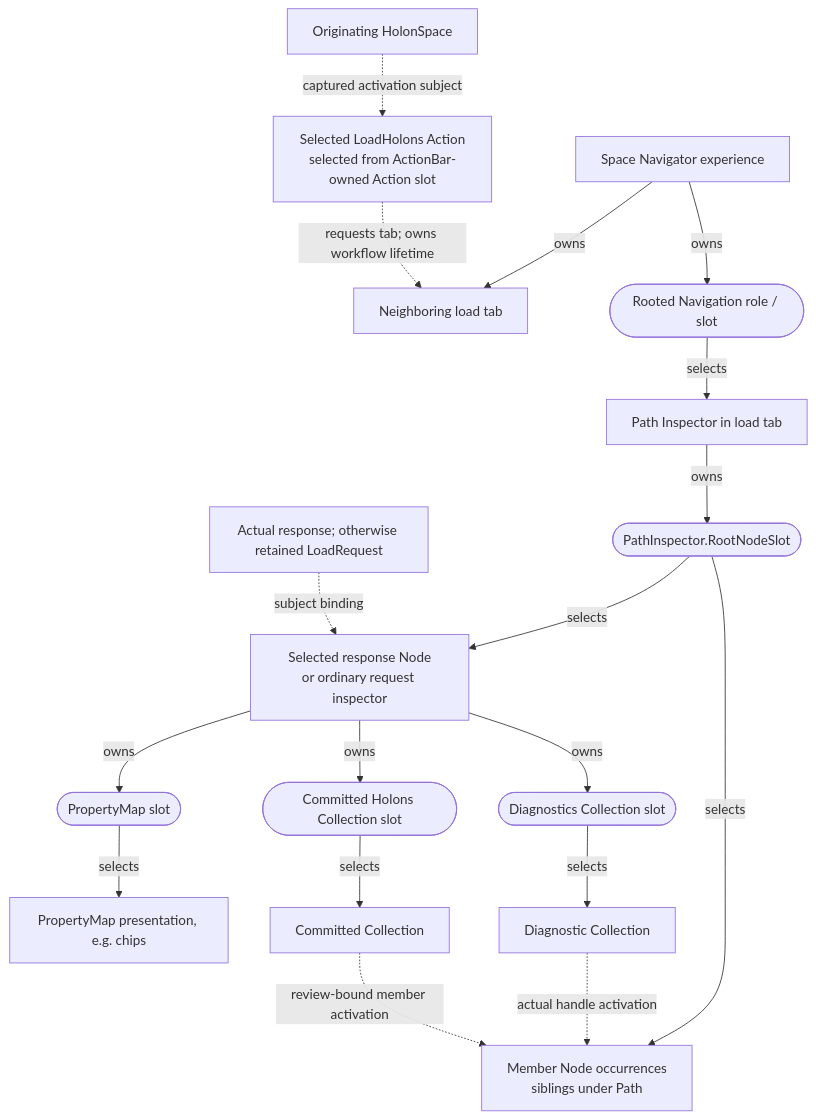
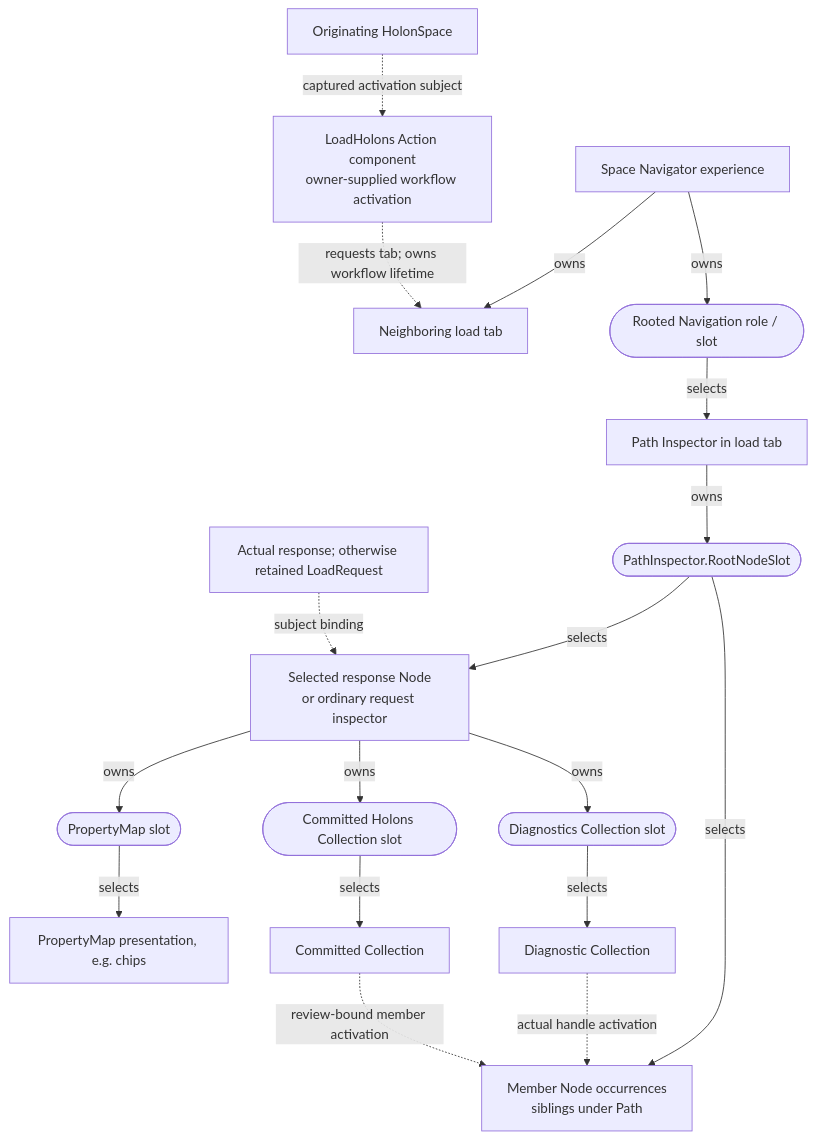
One commit to memetic-activation-platform/map-dev-docs changed the diagram in docs/core/dancers/data-loader/data-loader-design-spec.md. Above: the diagram before and after it, drawn with Mermaid. The commit also changed other lines of this file and 8 other files, not shown here.

````diff
--- a/docs/core/dancers/data-loader/data-loader-design-spec.md
+++ b/docs/core/dancers/data-loader/data-loader-design-spec.md
@@ -443,20 +447,20 @@
 ```mermaid
 flowchart TD
-  S["Originating HolonSpace"] -. "captured activation subject" .-> A["Selected LoadHolons Action<br/>selected from ActionBar-owned Action slot"]
+  S["Originating HolonSpace"] -. "captured activation subject" .-> A["LoadHolons Action component<br/>owner-supplied workflow activation"]
   E["Space Navigator experience"] -->|owns| T["Neighboring load tab"]
   A -. "requests tab; owns workflow lifetime" .-> T
   E -->|owns| RS(["Rooted Navigation role / slot"])
   RS -->|selects| P["Path Inspector in load tab"]
   P -->|owns| NS(["PathInspector.RootNodeSlot"])
   NS -->|selects| N["Selected response Node<br/>or ordinary request inspector"]
   H["Actual response; otherwise retained LoadRequest"] -. "subject binding" .-> N
   N -->|owns| PS(["PropertyMap slot"])
   PS -->|selects| PV["PropertyMap presentation, e.g. chips"]
   N -->|owns| DS(["Diagnostics Collection slot"])
   N -->|owns| CS(["Committed Holons Collection slot"])
   DS -->|selects| DV["Diagnostic Collection"]
   CS -->|selects| CV["Committed Collection"]
   NS -->|selects| M["Member Node occurrences<br/>siblings under Path"]
   DV -. "actual handle activation" .-> M
   CV -. "review-bound member activation" .-> M
 ```
````
